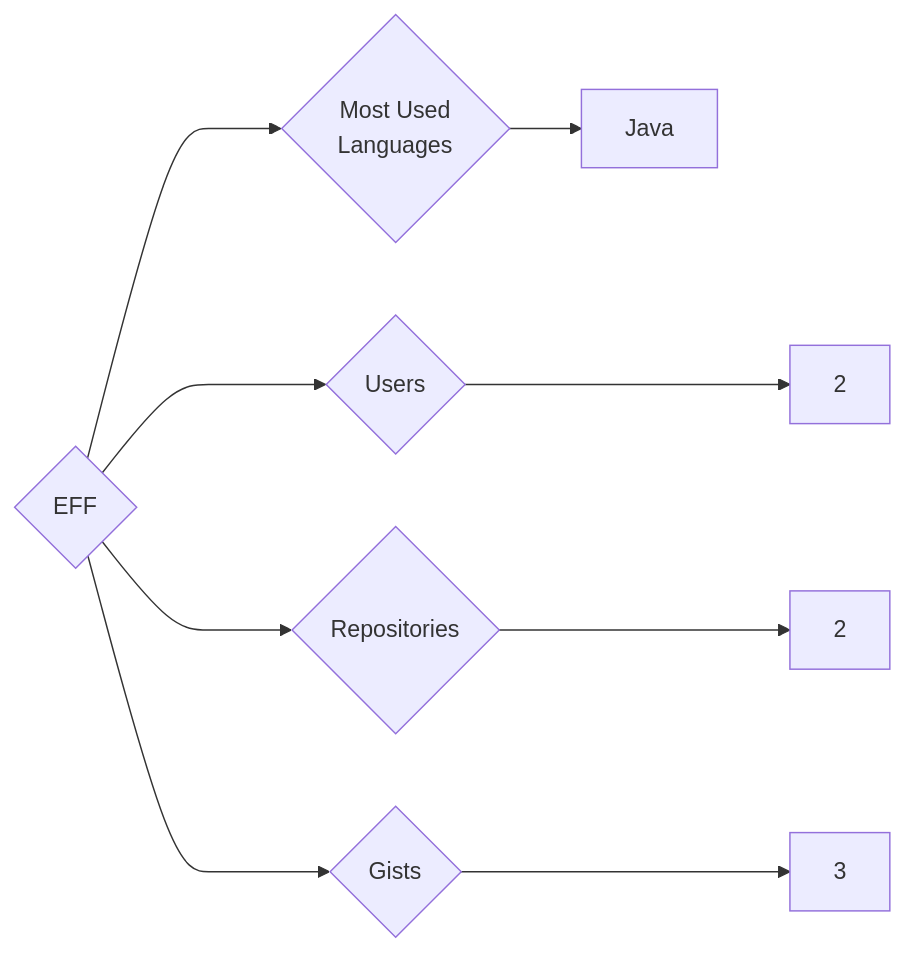
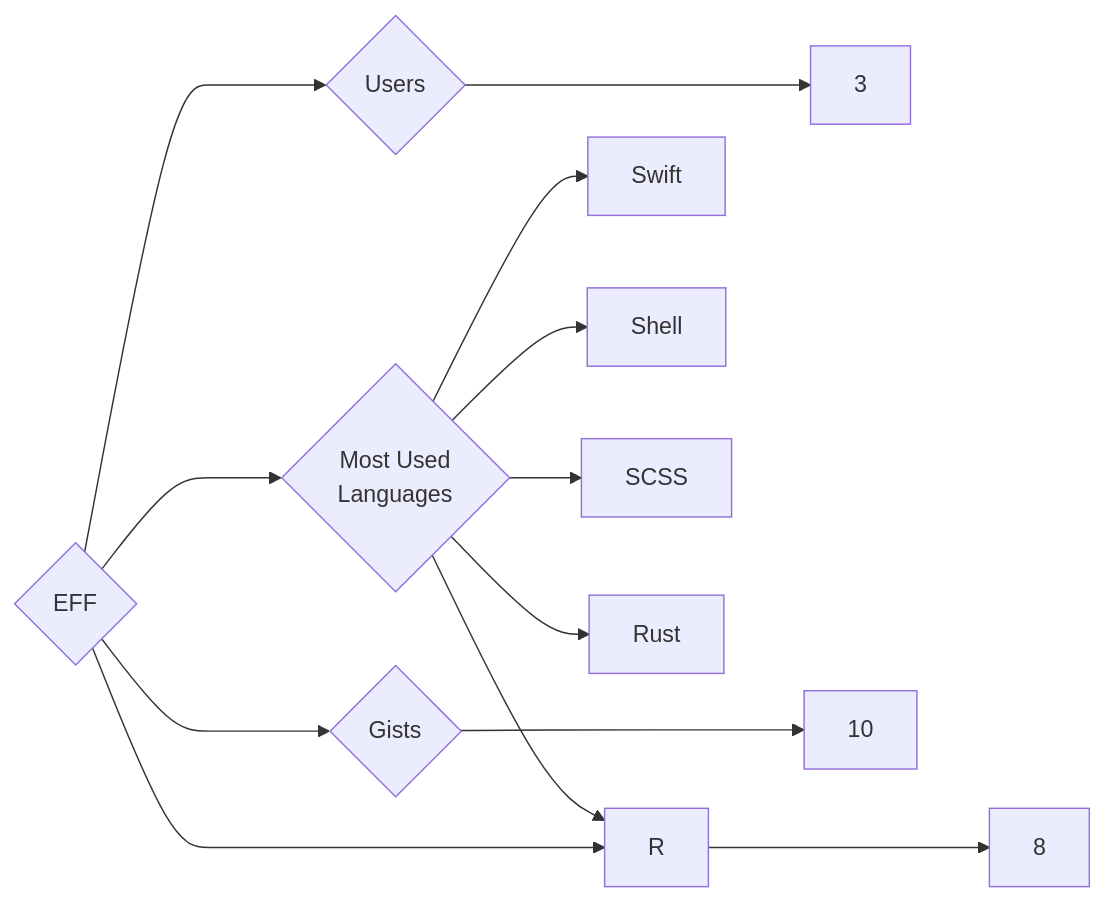
Before and after one commit to trickest/insiders: the diagram in targets/EFF/README.md, drawn with Mermaid. The commit also changed 865 other files, not shown here.

````diff
--- a/targets/EFF/README.md
+++ b/targets/EFF/README.md
@@ -3,9 +3,13 @@
 ```mermaid
 graph LR
 COMPANY_NAME{EFF}
-COMPANY_NAME ---> U{Users} ---> UN[2]
-COMPANY_NAME ---> R{Repositories} ---> RN[2]
-COMPANY_NAME ---> G{Gists} ---> GN[3]
+COMPANY_NAME ---> U{Users} ---> UN[3]
+COMPANY_NAME ---> R{Repositories} ---> RN[8]
+COMPANY_NAME ---> G{Gists} ---> GN[10]
 COMPANY_NAME ---> ML{Most Used<br>Languages}
-ML --> Java[Java]
+ML --> Swift[Swift]
+ML --> Shell[Shell]
+ML --> SCSS[SCSS]
+ML --> Rust[Rust]
+ML --> R[R]
 ```
````
